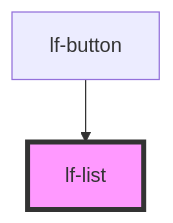
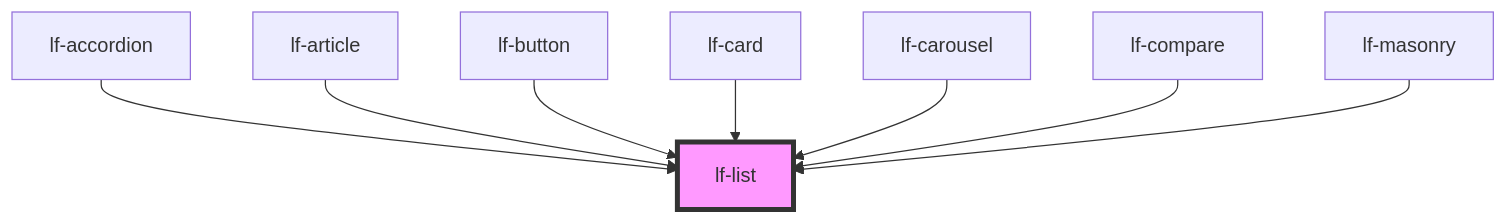
One commit to lucafoscili/lf-widgets changed the diagram in packages/core/src/components/lf-list/readme.md. Above: the diagram before and after it, drawn with Mermaid. The commit also changed other lines of this file and 31 other files, not shown here.

````diff
--- a/packages/core/src/components/lf-list/readme.md
+++ b/packages/core/src/components/lf-list/readme.md
@@ -161,5 +167,11 @@
 ```mermaid
 graph TD;
+  lf-accordion --> lf-list
+  lf-article --> lf-list
   lf-button --> lf-list
+  lf-card --> lf-list
+  lf-carousel --> lf-list
+  lf-compare --> lf-list
+  lf-masonry --> lf-list
   style lf-list fill:#f9f,stroke:#333,stroke-width:4px
 ```
````
